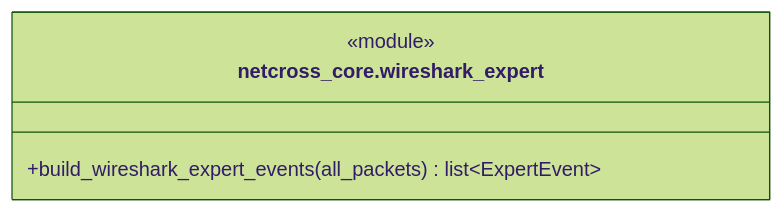
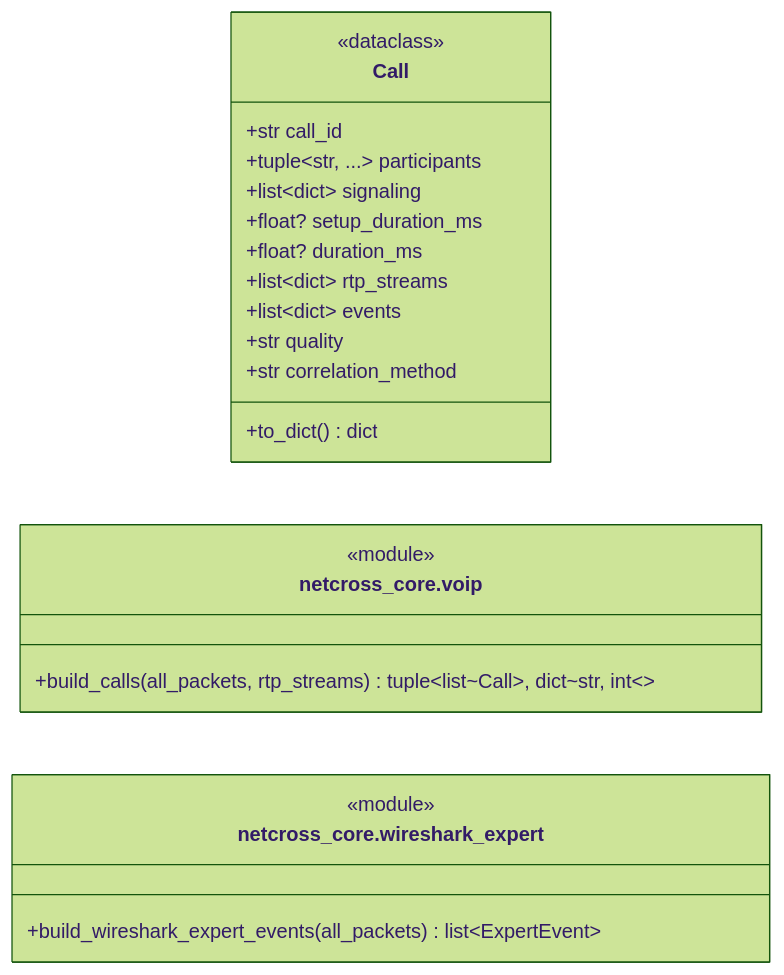
One commit to Mathide-Team/Netcross changed the fifth of 20 diagrams in docs/class-diagram.md. Above: the diagram before and after it, drawn with Mermaid (forest theme). The commit also changed 9 other files, not shown here.

````diff
--- a/docs/class-diagram.md
+++ b/docs/class-diagram.md
@@ -1801,10 +1788,29 @@
 ```mermaid
 classDiagram
     direction LR
+
+    %% ===== netcross_core.voip =====
+    class Call {
+        <<dataclass>>
+        +str call_id
+        +tuple~str, ...~ participants
+        +list~dict~ signaling
+        +float? setup_duration_ms
+        +float? duration_ms
+        +list~dict~ rtp_streams
+        +list~dict~ events
+        +str quality
+        +str correlation_method
+        +to_dict() dict
+    }
+    class mod_netcross_core_voip["netcross_core.voip"] {
+        <<module>>
+        +build_calls(all_packets, rtp_streams) tuple~list~Call~, dict~str, int~~
+    }
 
     %% ===== netcross_core.wireshark_expert =====
     class mod_netcross_core_wireshark_expert["netcross_core.wireshark_expert"] {
         <<module>>
         +build_wireshark_expert_events(all_packets) list~ExpertEvent~
     }
 ```
````
